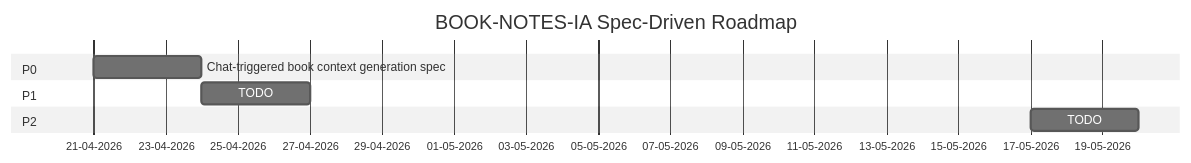
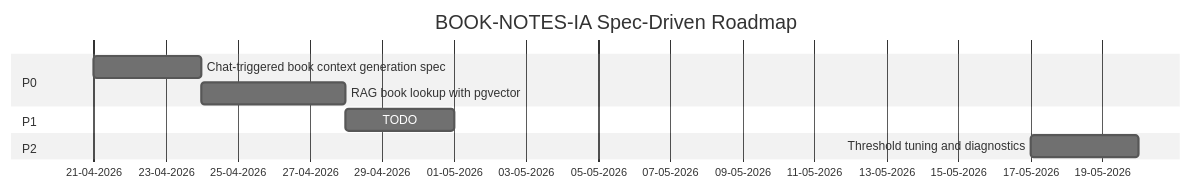
The diagram in Specs/Roadmap.md (FabioRNobrega/book-notes-ia), drawn with Mermaid (neutral theme) before and after one commit. The commit also changed other lines of this file and 11 other files, not shown here.

Commit message:
fix(rag): harden pgvector book lookup

````diff
--- a/Specs/Roadmap.md
+++ b/Specs/Roadmap.md
@@ -32,12 +32,13 @@
 ```mermaid
 gantt
     title BOOK-NOTES-IA Spec-Driven Roadmap
     dateFormat DD-MM-YYYY
     axisFormat %d-%m-%Y
     section P0
     Chat-triggered book context generation spec :p0, 21-04-2026, 3d
+    RAG book lookup with pgvector :p0rag, after p0, 4d
     section P1
-    TODO: Define next priority spec :p1, after p0, 3d
+    TODO: Define next priority spec :p1, after p0rag, 3d
     section P2
-    TODO: Define later priority spec :p2, after p1, 3d
+    Threshold tuning and diagnostics :p2, after p1, 3d
 ```
````
